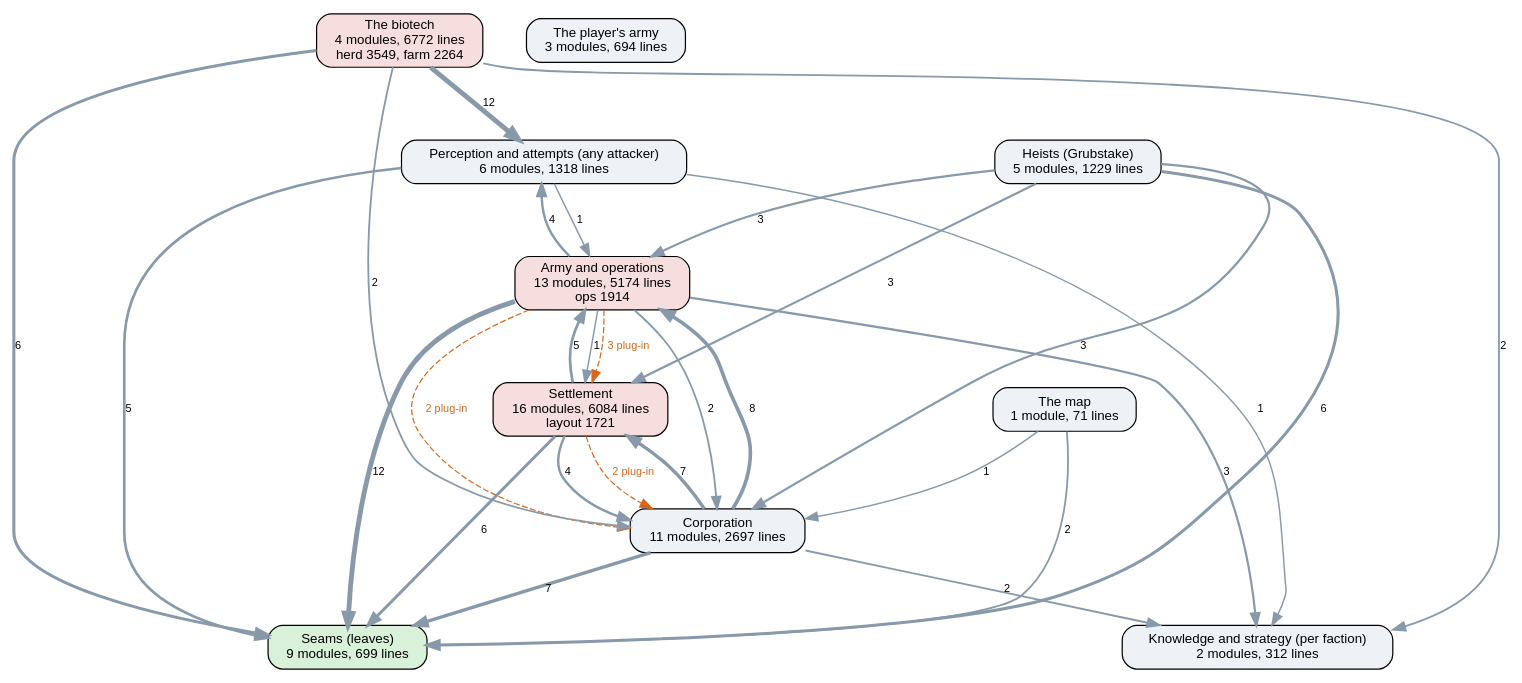
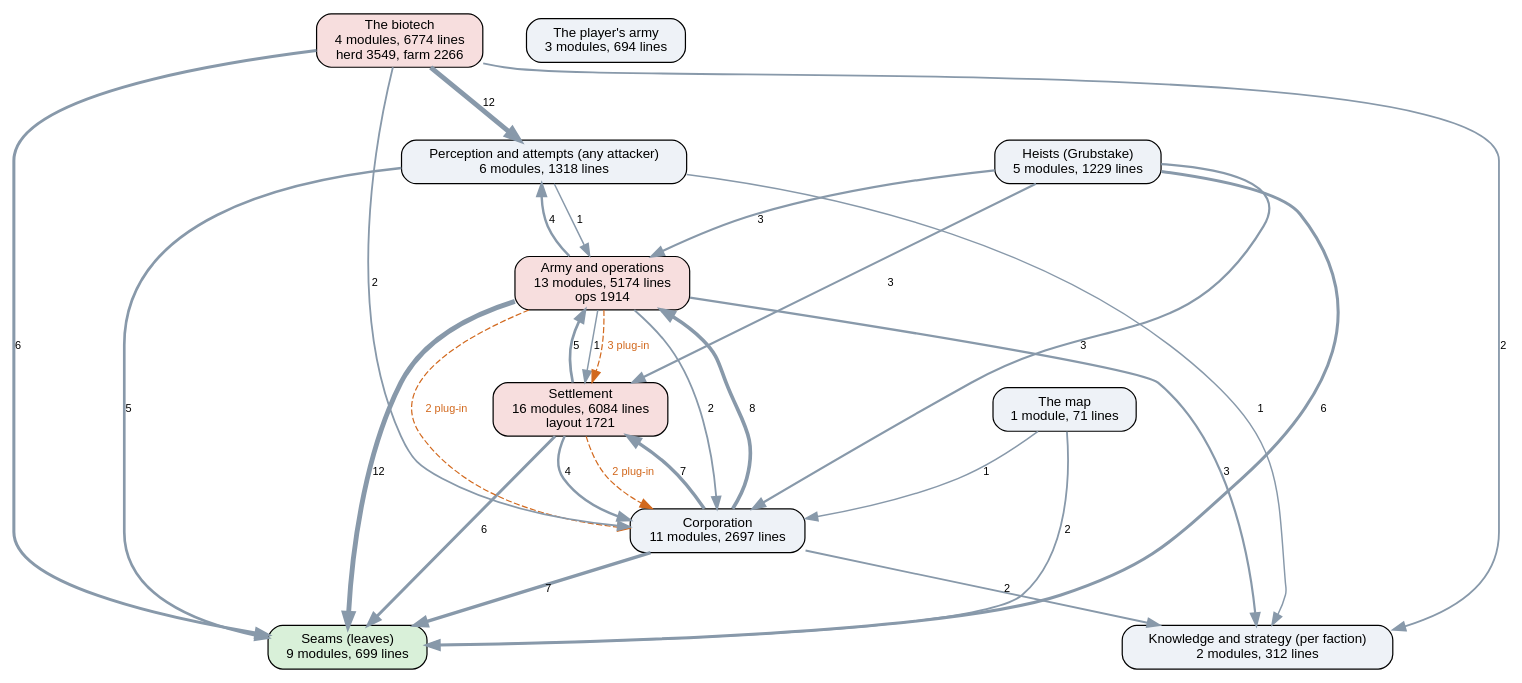
Before and after one commit to kinelhu/landing-party: the diagram in docs/ai-layers.dot, drawn with Graphviz. The commit also changed 9 other files, not shown here.

```diff
--- a/docs/ai-layers.dot
+++ b/docs/ai-layers.dot
@@ -1,43 +1,43 @@
 digraph layers {
   graph [rankdir=TB, fontname="Helvetica", nodesep=0.5, ranksep=0.7];
   node [shape=box, style="rounded,filled", fontname="Helvetica", fontsize=11, fillcolor="#eef2f7"];
   edge [color="#8899aa", fontname="Helvetica", fontsize=9];
   "Seams (leaves)" [label="Seams (leaves)\n9 modules, 699 lines", fillcolor="#d9f0d9"];
   "Perception and attempts (any attacker)" [label="Perception and attempts (any attacker)\n6 modules, 1318 lines", fillcolor="#eef2f7"];
   "Knowledge and strategy (per faction)" [label="Knowledge and strategy (per faction)\n2 modules, 312 lines", fillcolor="#eef2f7"];
   "Corporation" [label="Corporation\n11 modules, 2697 lines", fillcolor="#eef2f7"];
   "Settlement" [label="Settlement\n16 modules, 6084 lines\nlayout 1721", fillcolor="#f7dede"];
   "Army and operations" [label="Army and operations\n13 modules, 5174 lines\nops 1914", fillcolor="#f7dede"];
   "Heists (Grubstake)" [label="Heists (Grubstake)\n5 modules, 1229 lines", fillcolor="#eef2f7"];
-  "The biotech" [label="The biotech\n4 modules, 6772 lines\nherd 3549, farm 2264", fillcolor="#f7dede"];
+  "The biotech" [label="The biotech\n4 modules, 6774 lines\nherd 3549, farm 2266", fillcolor="#f7dede"];
   "The map" [label="The map\n1 module, 71 lines", fillcolor="#eef2f7"];
   "The player's army" [label="The player's army\n3 modules, 694 lines", fillcolor="#eef2f7"];
   "Army and operations" -> "Corporation" [label="2", penwidth=1.5];
   "Army and operations" -> "Knowledge and strategy (per faction)" [label="3", penwidth=1.8];
   "Army and operations" -> "Perception and attempts (any attacker)" [label="4", penwidth=2.0];
   "Army and operations" -> "Seams (leaves)" [label="12", penwidth=4.0];
   "Army and operations" -> "Settlement" [label="1", penwidth=1.2];
   "Corporation" -> "Army and operations" [label="8", penwidth=3.0];
   "Corporation" -> "Knowledge and strategy (per faction)" [label="2", penwidth=1.5];
   "Corporation" -> "Seams (leaves)" [label="7", penwidth=2.8];
   "Corporation" -> "Settlement" [label="7", penwidth=2.8];
   "Heists (Grubstake)" -> "Army and operations" [label="3", penwidth=1.8];
   "Heists (Grubstake)" -> "Corporation" [label="3", penwidth=1.8];
   "Heists (Grubstake)" -> "Seams (leaves)" [label="6", penwidth=2.5];
   "Heists (Grubstake)" -> "Settlement" [label="3", penwidth=1.8];
   "Perception and attempts (any attacker)" -> "Army and operations" [label="1", penwidth=1.2];
   "Perception and attempts (any attacker)" -> "Knowledge and strategy (per faction)" [label="1", penwidth=1.2];
   "Perception and attempts (any attacker)" -> "Seams (leaves)" [label="5", penwidth=2.2];
   "Settlement" -> "Army and operations" [label="5", penwidth=2.2];
   "Settlement" -> "Corporation" [label="4", penwidth=2.0];
   "Settlement" -> "Seams (leaves)" [label="6", penwidth=2.5];
   "The biotech" -> "Corporation" [label="2", penwidth=1.5];
   "The biotech" -> "Knowledge and strategy (per faction)" [label="2", penwidth=1.5];
   "The biotech" -> "Perception and attempts (any attacker)" [label="12", penwidth=4.0];
   "The biotech" -> "Seams (leaves)" [label="6", penwidth=2.5];
   "The map" -> "Corporation" [label="1", penwidth=1.2];
   "The map" -> "Seams (leaves)" [label="2", penwidth=1.5];
   "Army and operations" -> "Corporation" [style=dashed, color="#d2691e", fontcolor="#d2691e", label="2 plug-in"];
   "Army and operations" -> "Settlement" [style=dashed, color="#d2691e", fontcolor="#d2691e", label="3 plug-in"];
   "Settlement" -> "Corporation" [style=dashed, color="#d2691e", fontcolor="#d2691e", label="2 plug-in"];
 }
```
